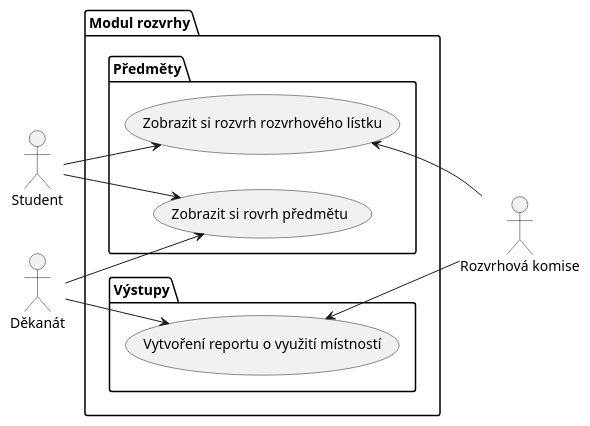
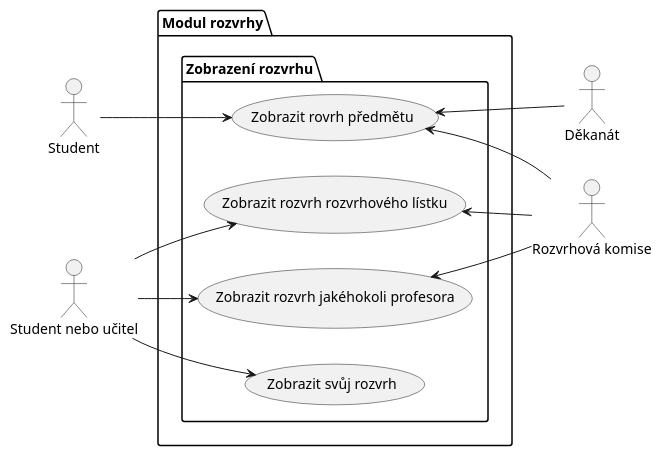
One commit to Cross-bit/NSWI041 changed the first of 6 diagrams in seminar-work-template.md. Above: the diagram before and after it, drawn with PlantUML. The commit also changed other lines of this file, not shown here.

Commit message:
Úprava diagramu v systemových požadavcích

````diff
--- a/seminar-work-template.md
+++ b/seminar-work-template.md
@@ -88,32 +76,33 @@
 ```plantuml
 @startuml
 left to right direction
 
 '======== Actors ========
 actor Student
+actor "Student nebo učitel" as SU
 actor Děkanát
 actor "Rozvrhová komise" as RK
 
 '======== Use Cases ========
 package "Modul rozvrhy" {
-  Package Předměty {
-    usecase "Zobrazit si rovrh předmětu" as UCP1
-    usecase "Zobrazit si rozvrh rozvrhového lístku" as UCP2
-  }
-
-  Package Výstupy {
-    usecase "Vytvoření reportu o využití místností" as UCV1
+  Package "Zobrazení rozvrhu" {
+    usecase "Zobrazit rovrh předmětu" as UCP1
+    usecase "Zobrazit rozvrh rozvrhového lístku" as UCP3
+    usecase "Zobrazit rozvrh jakéhokoli profesora" as UCP4
+    usecase "Zobrazit svůj rozvrh" as UCP2
   }
 }
 
 '======== Use case links ========
 Student --> UCP1
-Student --> UCP2
-Děkanát --> UCP1
-Děkanát --> UCV1
+SU --> UCP2
+SU --> UCP3
+SU --> UCP4
 
 'Right hand side
-UCP2 <-- RK
-UCV1 <-- RK
+UCP1 <-- Děkanát
+UCP4 <-- RK
+UCP3 <-- RK
+UCP1 <-- RK
 @enduml
 ```
````
